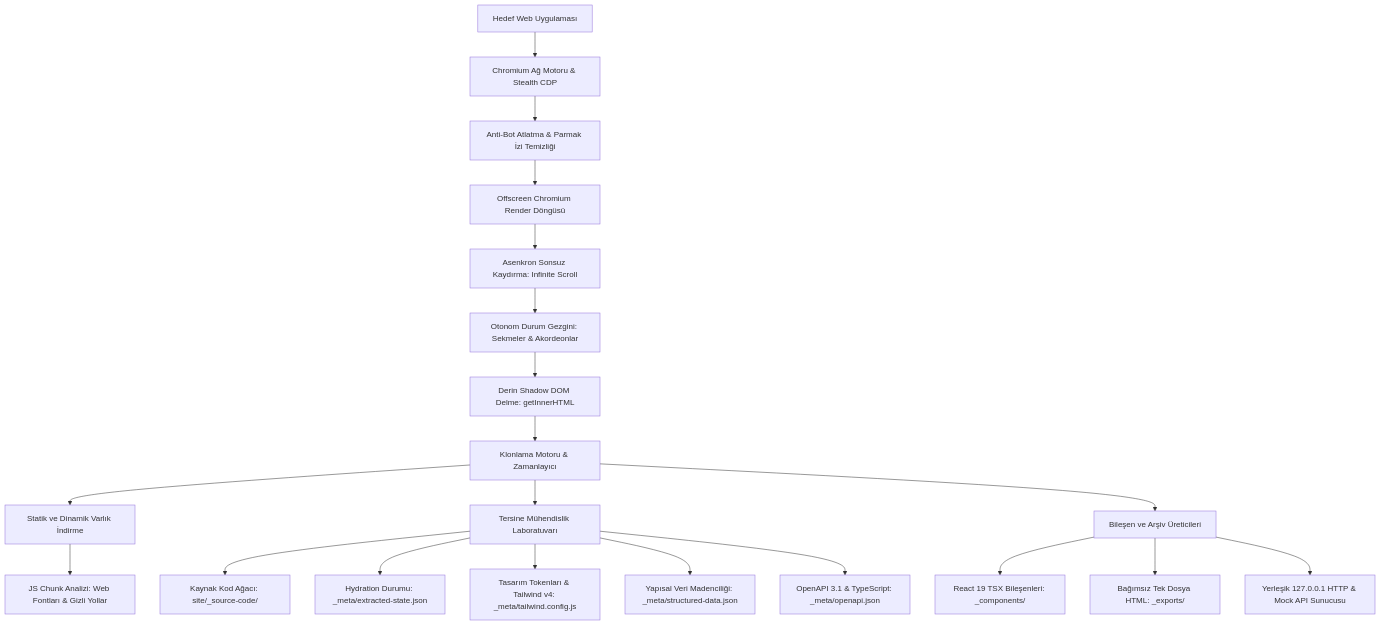
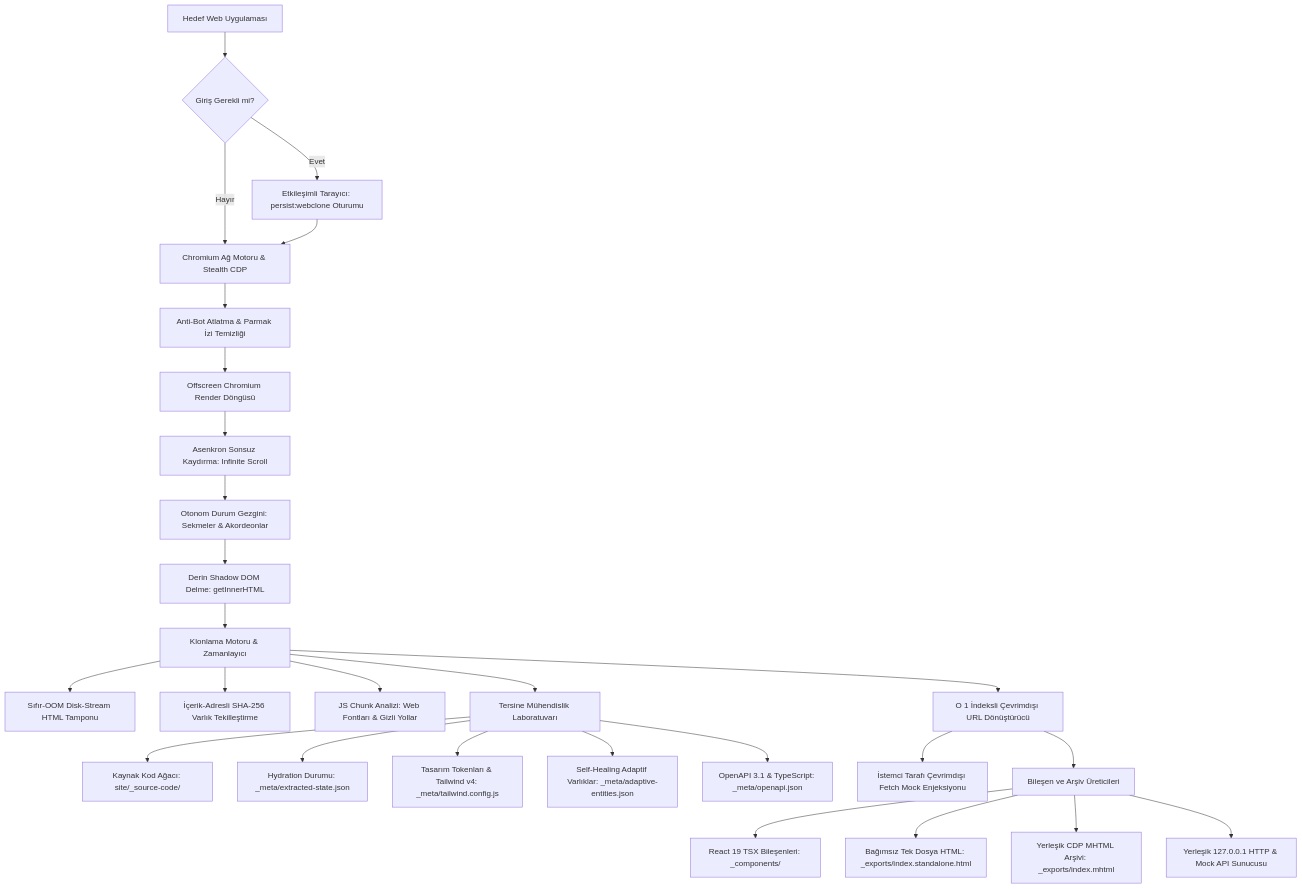
Before and after one commit to MonarchDevLab/WebClone-Studio: the second of 2 diagrams in README.md, drawn with Mermaid. The commit also changed other lines of this file and 2 other files, not shown here.

````diff
--- a/README.md
+++ b/README.md
@@ -306,26 +345,35 @@
 ```mermaid
 flowchart TD
-    Hedef[Hedef Web Uygulaması] --> AgMotoru[Chromium Ağ Motoru & Stealth CDP]
+    Hedef[Hedef Web Uygulaması] --> AuthKontrol{Giriş Gerekli mi?}
+    AuthKontrol -- Evet --> AuthPencere[Etkileşimli Tarayıcı: persist:webclone Oturumu]
+    AuthKontrol -- Hayır --> AgMotoru[Chromium Ağ Motoru & Stealth CDP]
+    AuthPencere --> AgMotoru
+
     AgMotoru --> Atlatma[Anti-Bot Atlatma & Parmak İzi Temizliği]
     Atlatma --> RenderMotoru[Offscreen Chromium Render Döngüsü]
     RenderMotoru --> OtoKaydirma[Asenkron Sonsuz Kaydırma: Infinite Scroll]
     OtoKaydirma --> DurumGezgini[Otonom Durum Gezgini: Sekmeler & Akordeonlar]
     DurumGezgini --> ShadowDelme[Derin Shadow DOM Delme: getInnerHTML]
     
     ShadowDelme --> Cekirdek[Klonlama Motoru & Zamanlayıcı]
     
-    Cekirdek --> VarlikBorusu[Statik ve Dinamik Varlık İndirme]
-    VarlikBorusu --> Obfuscation[JS Chunk Analizi: Web Fontları & Gizli Yollar]
+    Cekirdek --> DiskAkisi[Sıfır-OOM Disk-Stream HTML Tamponu]
+    Cekirdek --> Tekillestirme[İçerik-Adresli SHA-256 Varlık Tekilleştirme]
+    Cekirdek --> Obfuscation[JS Chunk Analizi: Web Fontları & Gizli Yollar]
     
     Cekirdek --> Lab[Tersine Mühendislik Laboratuvarı]
     Lab --> SourceMap[Kaynak Kod Ağacı: site/_source-code/]
     Lab --> Hydration[Hydration Durumu: _meta/extracted-state.json]
     Lab --> Tokens[Tasarım Tokenları & Tailwind v4: _meta/tailwind.config.js]
-    Lab --> YapisalVeri[Yapısal Veri Madenciliği: _meta/structured-data.json]
+    Lab --> AdaptifVarlik[Self-Healing Adaptif Varlıklar: _meta/adaptive-entities.json]
     Lab --> ApiSozlesme[OpenAPI 3.1 & TypeScript: _meta/openapi.json]
     
-    Cekirdek --> Ureticiler[Bileşen ve Arşiv Üreticileri]
+    Cekirdek --> Rewriter[O 1 İndeksli Çevrimdışı URL Dönüştürücü]
+    Rewriter --> FetchMock[İstemci Tarafı Çevrimdışı Fetch Mock Enjeksiyonu]
+    
+    Rewriter --> Ureticiler[Bileşen ve Arşiv Üreticileri]
     Ureticiler --> ReactBilesen[React 19 TSX Bileşenleri: _components/]
-    Ureticiler --> TekDosya[Bağımsız Tek Dosya HTML: _exports/]
+    Ureticiler --> TekDosya[Bağımsız Tek Dosya HTML: _exports/index.standalone.html]
+    Ureticiler --> MhtmlArsiv[Yerleşik CDP MHTML Arşivi: _exports/index.mhtml]
     Ureticiler --> Onizleme[Yerleşik 127.0.0.1 HTTP & Mock API Sunucusu]
 ```
````
